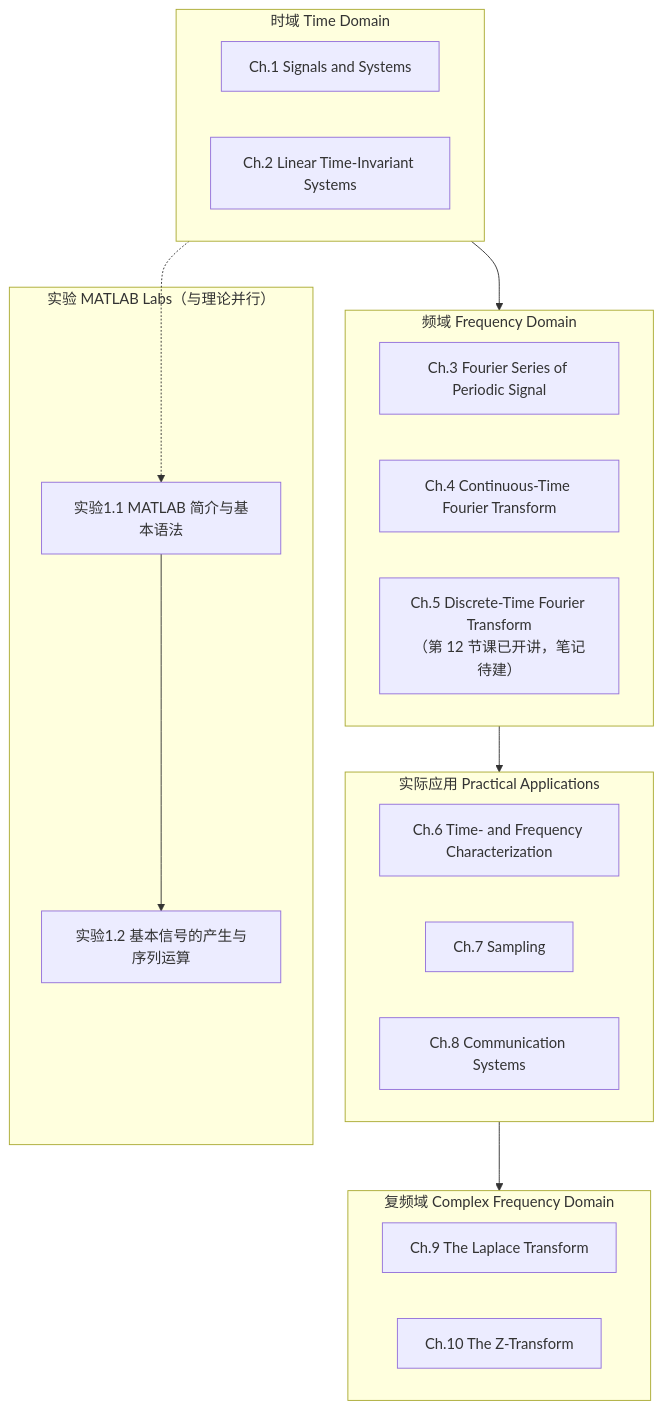
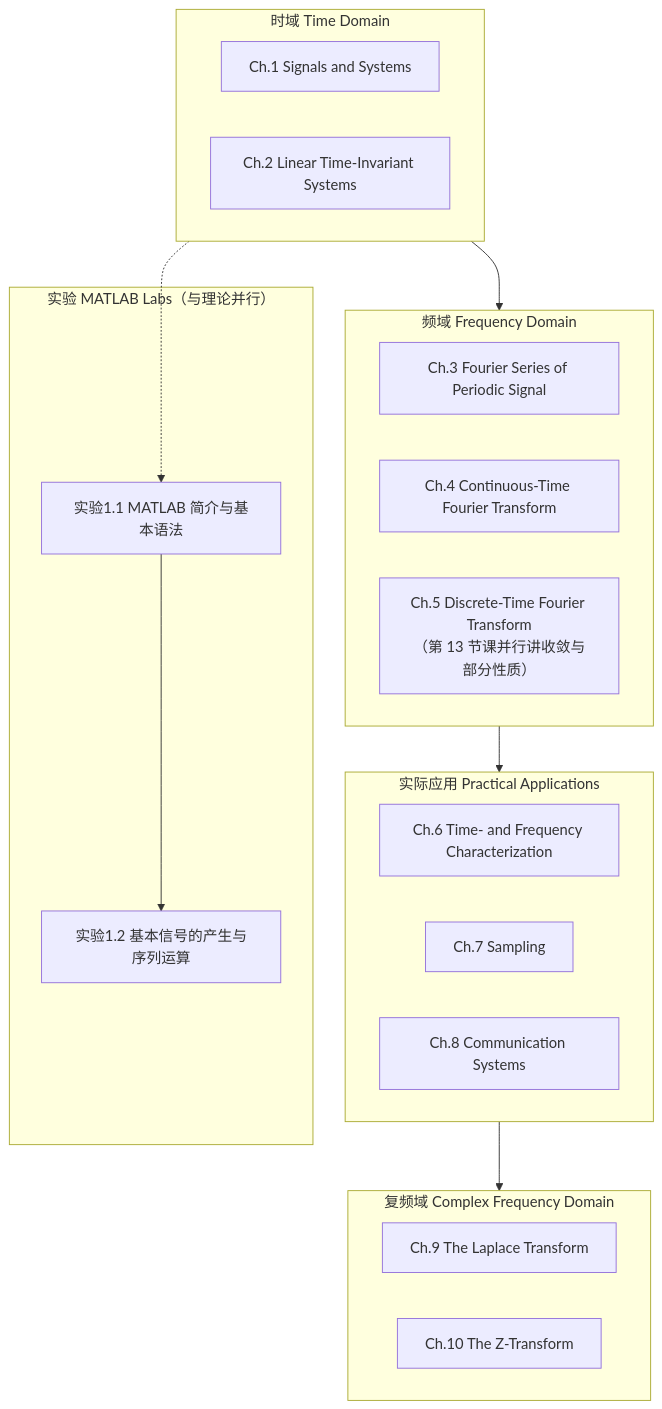
One commit to KayeAdams515/ClaudeNotes changed the first of 5 diagrams in 信号与系统/信号与系统 MOC.md. Above: the diagram before and after it, drawn with Mermaid. The commit also changed other lines of this file and 777 other files, not shown here.

````diff
--- a/信号与系统/信号与系统 MOC.md
+++ b/信号与系统/信号与系统 MOC.md
@@ -258,28 +316,28 @@
 ```mermaid
 flowchart TD
     subgraph A["时域 Time Domain"]
         C1["Ch.1 Signals and Systems"]
         C2["Ch.2 Linear Time-Invariant Systems"]
     end
     subgraph B["频域 Frequency Domain"]
         C3["Ch.3 Fourier Series of Periodic Signal"]
         C4["Ch.4 Continuous-Time Fourier Transform"]
-        C5["Ch.5 Discrete-Time Fourier Transform<br/>（第 12 节课已开讲，笔记待建）"]
+        C5["Ch.5 Discrete-Time Fourier Transform<br/>（第 13 节课并行讲收敛与部分性质）"]
     end
     subgraph C["实际应用 Practical Applications"]
         C6["Ch.6 Time- and Frequency Characterization"]
         C7["Ch.7 Sampling"]
         C8["Ch.8 Communication Systems"]
     end
     subgraph D["复频域 Complex Frequency Domain"]
         C9["Ch.9 The Laplace Transform"]
         C10["Ch.10 The Z-Transform"]
     end
     subgraph E["实验 MATLAB Labs（与理论并行）"]
         L1["实验1.1 MATLAB 简介与基本语法"]
         L2["实验1.2 基本信号的产生与序列运算"]
     end
     A --> B --> C --> D
     L1 --> L2
     A -.-> L1
 ```
````
